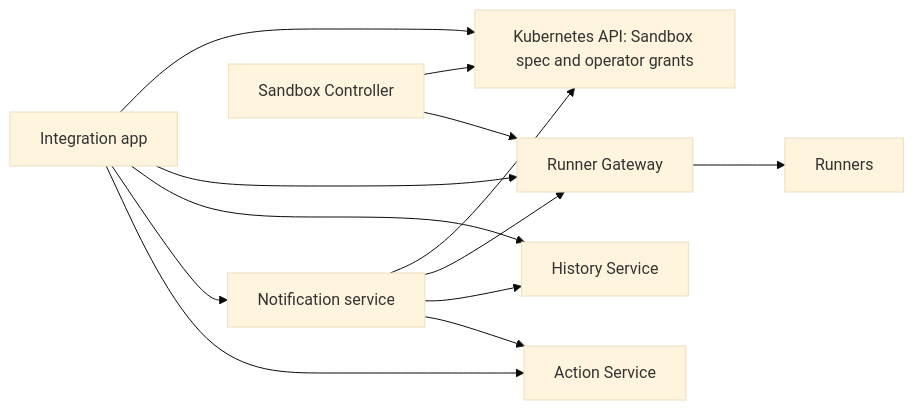
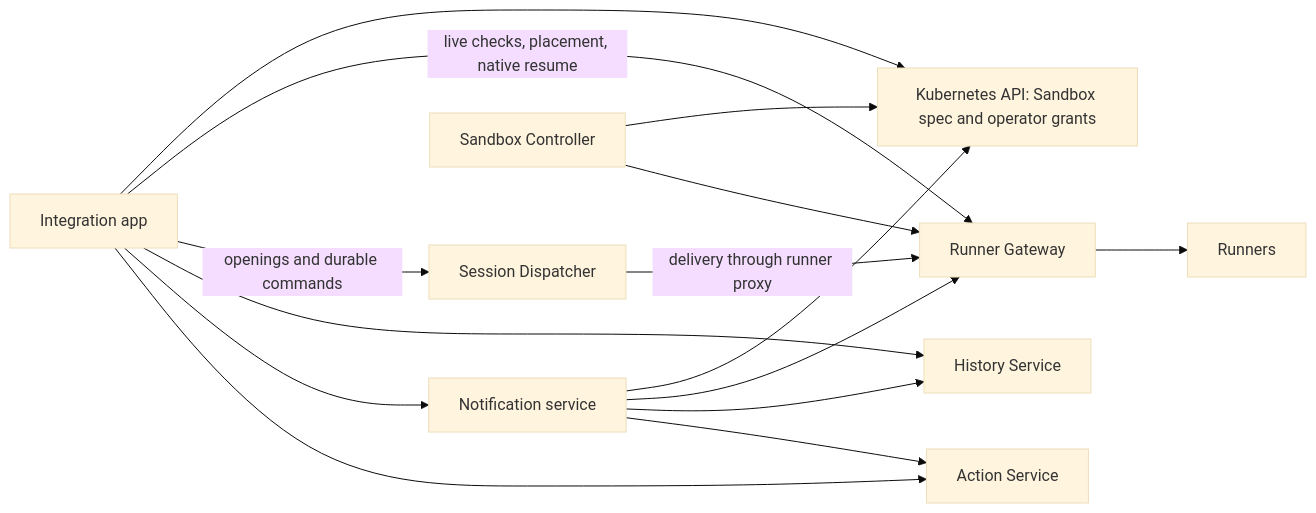
One commit to agentydragon-agent/ducktape changed the diagram in agentplane/docs/service_boundaries.md. Above: the diagram before and after it, drawn with Mermaid (base theme). The commit also changed other lines of this file and 15 other files, not shown here.

````diff
--- a/agentplane/docs/service_boundaries.md
+++ b/agentplane/docs/service_boundaries.md
@@ -13,15 +13,17 @@
 ```mermaid
 flowchart LR
     App[Integration app] --> Kubernetes[Kubernetes API: Sandbox spec and operator grants]
-    App --> Gateway[Runner Gateway]
+    App -->|live checks, placement, native resume| Gateway[Runner Gateway]
+    App -->|openings and durable commands| Dispatcher[Session Dispatcher]
+    Dispatcher -->|delivery through runner proxy| Gateway
     App --> History[History Service]
     App --> Notifications[Notification service]
     App --> Actions[Action Service]
     Notifications --> Kubernetes
     Notifications --> Gateway
     Notifications --> History
     Notifications --> Actions
     Controller[Sandbox Controller] --> Kubernetes
     Controller --> Gateway
     Gateway --> Runners[Runners]
 ```
````
